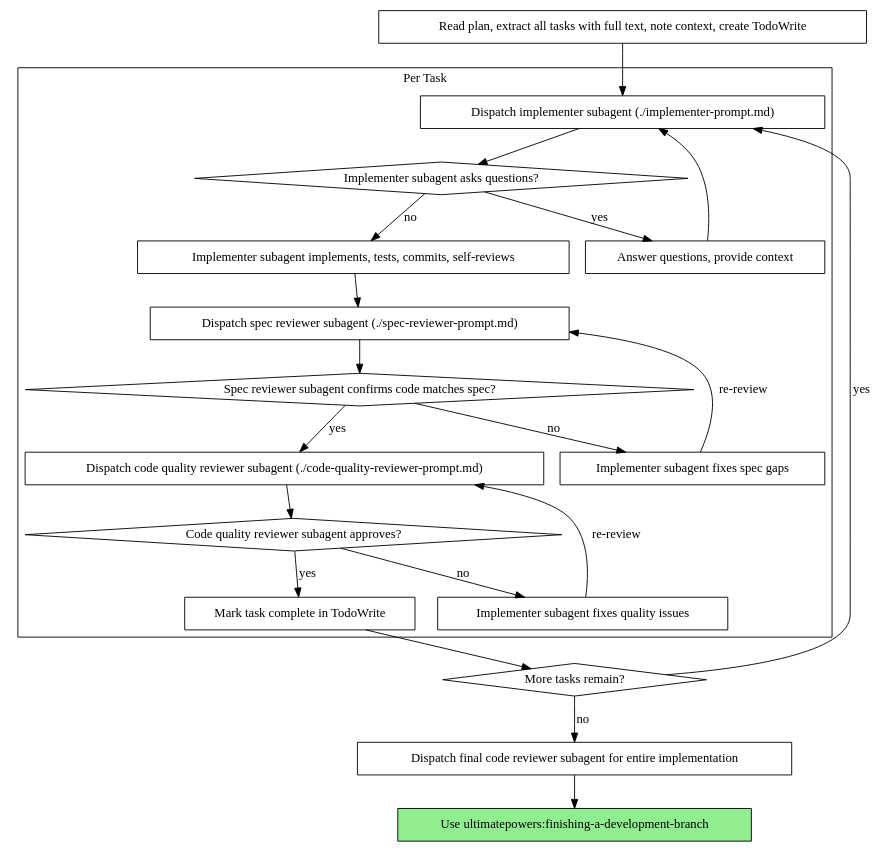
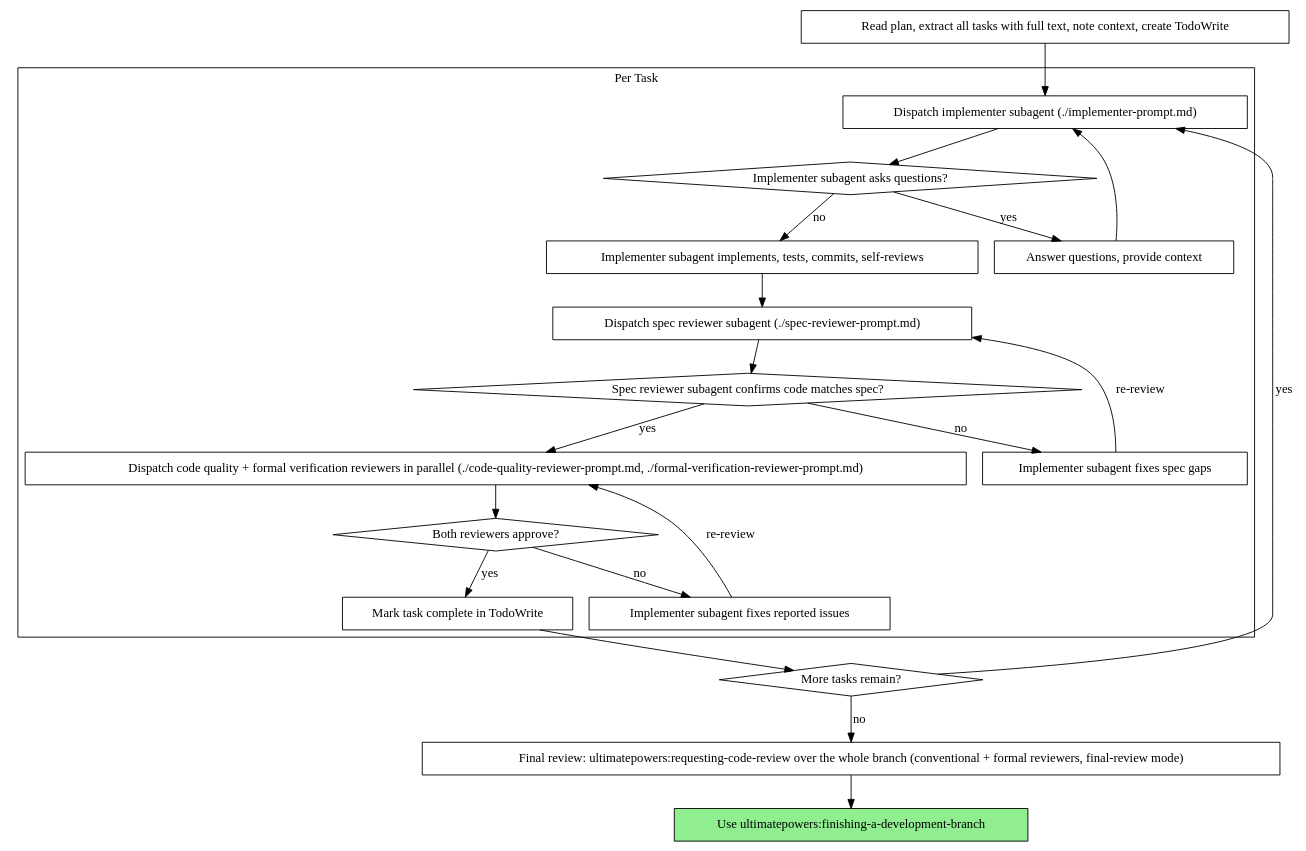
Before and after one commit to xc93/ultimatepowers: the second of 2 diagrams in skills/subagent-driven-development/SKILL.md, drawn with Graphviz. The commit also changed other lines of this file and 5 other files, not shown here.

Commit message:
feat: wire formal reviewer into requesting-code-review and SDD (parallel dual dispatch, merged verdict)

````diff
--- a/skills/subagent-driven-development/SKILL.md
+++ b/skills/subagent-driven-development/SKILL.md
@@ -44,44 +44,44 @@
 ```dot
 digraph process {
     rankdir=TB;
 
     subgraph cluster_per_task {
         label="Per Task";
         "Dispatch implementer subagent (./implementer-prompt.md)" [shape=box];
         "Implementer subagent asks questions?" [shape=diamond];
         "Answer questions, provide context" [shape=box];
         "Implementer subagent implements, tests, commits, self-reviews" [shape=box];
         "Dispatch spec reviewer subagent (./spec-reviewer-prompt.md)" [shape=box];
         "Spec reviewer subagent confirms code matches spec?" [shape=diamond];
         "Implementer subagent fixes spec gaps" [shape=box];
-        "Dispatch code quality reviewer subagent (./code-quality-reviewer-prompt.md)" [shape=box];
-        "Code quality reviewer subagent approves?" [shape=diamond];
-        "Implementer subagent fixes quality issues" [shape=box];
+        "Dispatch code quality + formal verification reviewers in parallel (./code-quality-reviewer-prompt.md, ./formal-verification-reviewer-prompt.md)" [shape=box];
+        "Both reviewers approve?" [shape=diamond];
+        "Implementer subagent fixes reported issues" [shape=box];
         "Mark task complete in TodoWrite" [shape=box];
     }
 
     "Read plan, extract all tasks with full text, note context, create TodoWrite" [shape=box];
     "More tasks remain?" [shape=diamond];
-    "Dispatch final code reviewer subagent for entire implementation" [shape=box];
+    "Final review: ultimatepowers:requesting-code-review over the whole branch (conventional + formal reviewers, final-review mode)" [shape=box];
     "Use ultimatepowers:finishing-a-development-branch" [shape=box style=filled fillcolor=lightgreen];
 
     "Read plan, extract all tasks with full text, note context, create TodoWrite" -> "Dispatch implementer subagent (./implementer-prompt.md)";
     "Dispatch implementer subagent (./implementer-prompt.md)" -> "Implementer subagent asks questions?";
     "Implementer subagent asks questions?" -> "Answer questions, provide context" [label="yes"];
     "Answer questions, provide context" -> "Dispatch implementer subagent (./implementer-prompt.md)";
     "Implementer subagent asks questions?" -> "Implementer subagent implements, tests, commits, self-reviews" [label="no"];
     "Implementer subagent implements, tests, commits, self-reviews" -> "Dispatch spec reviewer subagent (./spec-reviewer-prompt.md)";
     "Dispatch spec reviewer subagent (./spec-reviewer-prompt.md)" -> "Spec reviewer subagent confirms code matches spec?";
     "Spec reviewer subagent confirms code matches spec?" -> "Implementer subagent fixes spec gaps" [label="no"];
     "Implementer subagent fixes spec gaps" -> "Dispatch spec reviewer subagent (./spec-reviewer-prompt.md)" [label="re-review"];
-    "Spec reviewer subagent confirms code matches spec?" -> "Dispatch code quality reviewer subagent (./code-quality-reviewer-prompt.md)" [label="yes"];
-    "Dispatch code quality reviewer subagent (./code-quality-reviewer-prompt.md)" -> "Code quality reviewer subagent approves?";
-    "Code quality reviewer subagent approves?" -> "Implementer subagent fixes quality issues" [label="no"];
-    "Implementer subagent fixes quality issues" -> "Dispatch code quality reviewer subagent (./code-quality-reviewer-prompt.md)" [label="re-review"];
-    "Code quality reviewer subagent approves?" -> "Mark task complete in TodoWrite" [label="yes"];
+    "Spec reviewer subagent confirms code matches spec?" -> "Dispatch code quality + formal verification reviewers in parallel (./code-quality-reviewer-prompt.md, ./formal-verification-reviewer-prompt.md)" [label="yes"];
+    "Dispatch code quality + formal verification reviewers in parallel (./code-quality-reviewer-prompt.md, ./formal-verification-reviewer-prompt.md)" -> "Both reviewers approve?";
+    "Both reviewers approve?" -> "Implementer subagent fixes reported issues" [label="no"];
+    "Implementer subagent fixes reported issues" -> "Dispatch code quality + formal verification reviewers in parallel (./code-quality-reviewer-prompt.md, ./formal-verification-reviewer-prompt.md)" [label="re-review"];
+    "Both reviewers approve?" -> "Mark task complete in TodoWrite" [label="yes"];
     "Mark task complete in TodoWrite" -> "More tasks remain?";
     "More tasks remain?" -> "Dispatch implementer subagent (./implementer-prompt.md)" [label="yes"];
-    "More tasks remain?" -> "Dispatch final code reviewer subagent for entire implementation" [label="no"];
-    "Dispatch final code reviewer subagent for entire implementation" -> "Use ultimatepowers:finishing-a-development-branch";
+    "More tasks remain?" -> "Final review: ultimatepowers:requesting-code-review over the whole branch (conventional + formal reviewers, final-review mode)" [label="no"];
+    "Final review: ultimatepowers:requesting-code-review over the whole branch (conventional + formal reviewers, final-review mode)" -> "Use ultimatepowers:finishing-a-development-branch";
 }
 ```
````
